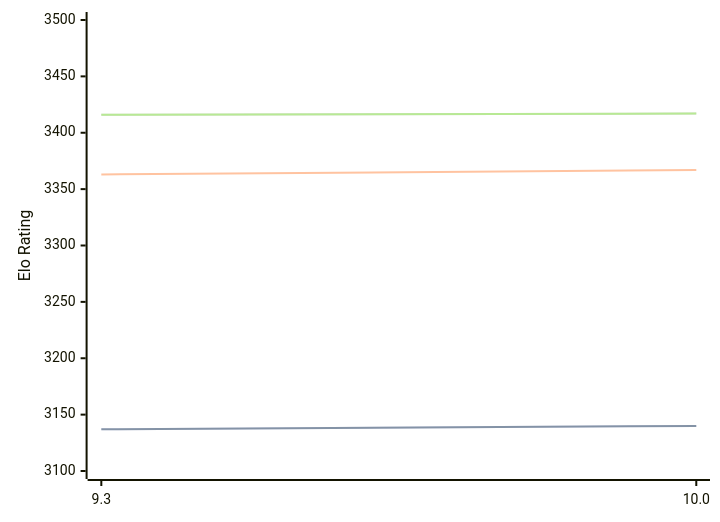
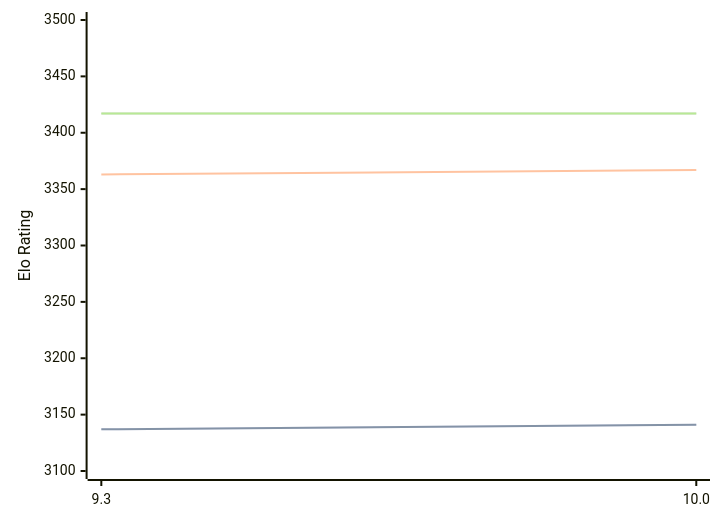
The first of 3 diagrams in engines/Fire.md (computer-chess-index/cci), drawn with Mermaid before and after one commit. The commit also changed other lines of this file, not shown here.

Commit message:
Update CCI Ratings (ELO VLTC) - 2026-07-14

````diff
--- a/engines/Fire.md
+++ b/engines/Fire.md
@@ -47,11 +47,11 @@
 ```mermaid
 %%{init: {"theme":"base","themeVariables":{"seriesColors:['#a3a3a3','#222221','#faa371']}}}%%
 xychart-beta
   x-axis ["9.3", "10.0"]
   y-axis "Elo Rating" 3100 --> 3500
-  line "STC (8.0+0.08s)" [3137, 3140]
-  line "STC (8.0+0.08s)" [3137, 3140]
+  line "STC (8.0+0.08s)" [3137, 3141]
+  line "STC (8.0+0.08s)" [3137, 3141]
   line "LTC (60.0+0.60s)" [3363, 3367]
-  line "VLTC (2m24s+1.12s)" [3416, 3417]
-  line "VLTC (2m24s+1.12s)" [3416, 3417]
+  line "VLTC (2m24s+1.12s)" [3417, 3417]
+  line "VLTC (2m24s+1.12s)" [3417, 3417]
 ```
````
